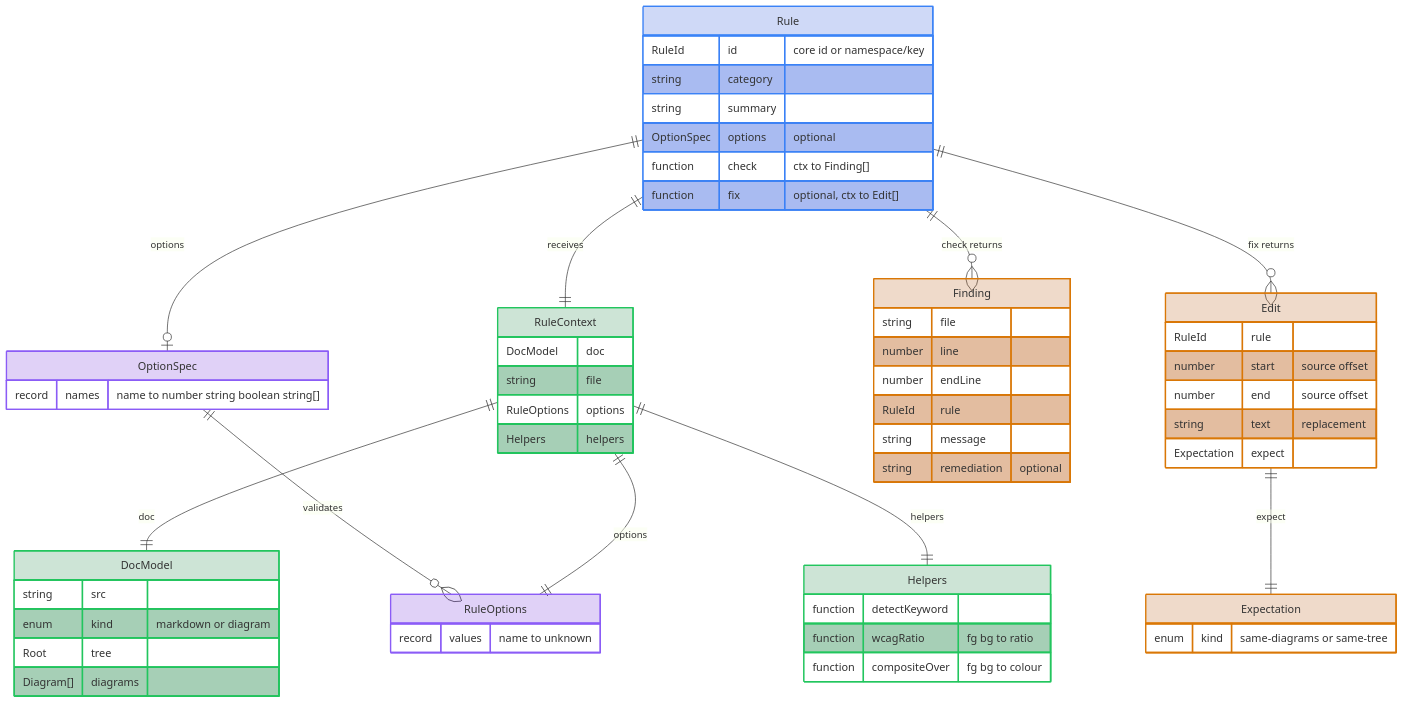
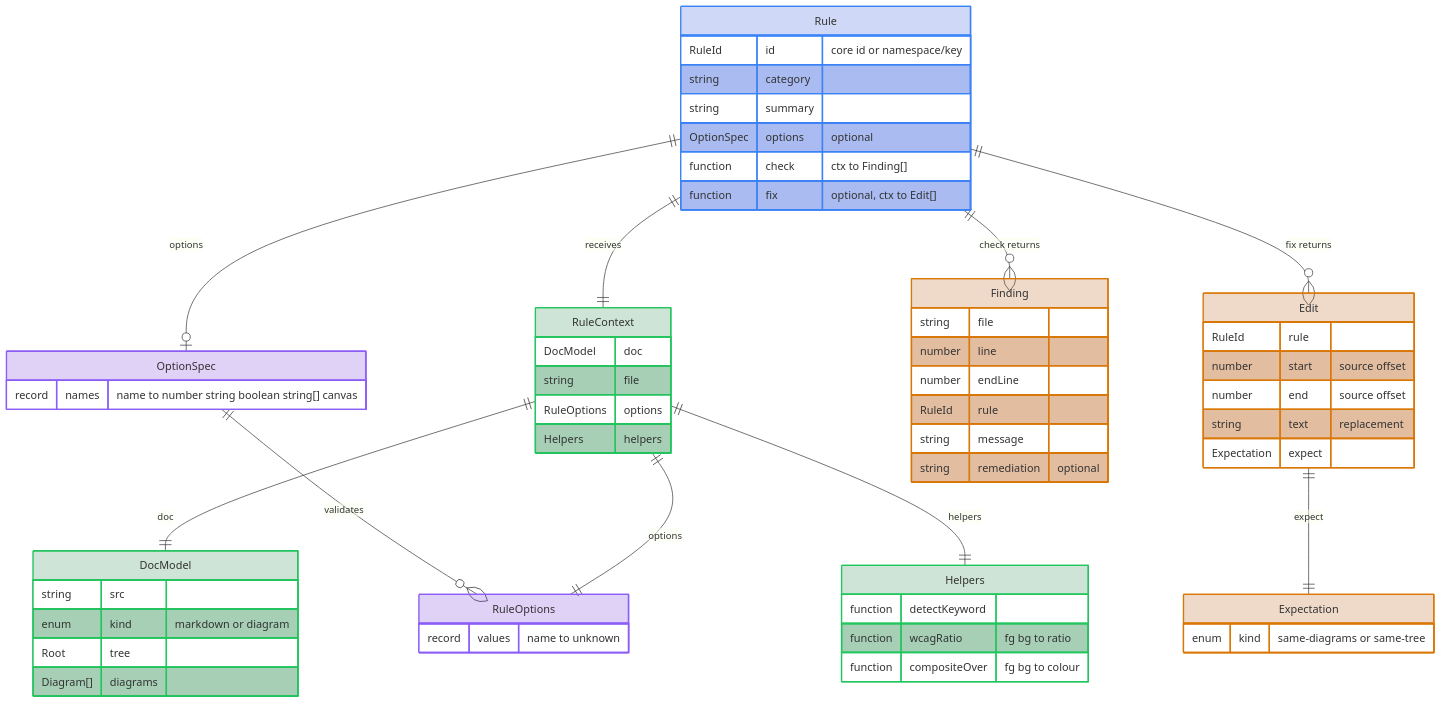
The diagram in docs-site/diagrams/rule-contract-detail.md (jpeakai/jpai-mermaidjs-lint), drawn with Mermaid before and after one commit. The commit also changed 12 other files, not shown here.

````diff
--- a/docs-site/diagrams/rule-contract-detail.md
+++ b/docs-site/diagrams/rule-contract-detail.md
@@ -1,71 +1,71 @@
 ```mermaid
 erDiagram
     Rule ||--|| RuleContext : "receives"
     Rule ||--o| OptionSpec : "options"
     OptionSpec ||--o{ RuleOptions : "validates"
     RuleContext ||--|| DocModel : "doc"
     RuleContext ||--|| RuleOptions : "options"
     RuleContext ||--|| Helpers : "helpers"
     Rule ||--o{ Finding : "check returns"
     Rule ||--o{ Edit : "fix returns"
     Edit ||--|| Expectation : "expect"
 
     Rule {
         RuleId id "core id or namespace/key"
         string category
         string summary
         OptionSpec options "optional"
         function check "ctx to Finding[]"
         function fix "optional, ctx to Edit[]"
     }
     RuleContext {
         DocModel doc
         string file
         RuleOptions options
         Helpers helpers
     }
     DocModel {
         string src
         enum kind "markdown or diagram"
         Root tree
         Diagram[] diagrams
     }
     OptionSpec {
-        record names "name to number string boolean string[]"
+        record names "name to number string boolean string[] canvas"
     }
     RuleOptions {
         record values "name to unknown"
     }
     Helpers {
         function detectKeyword
         function wcagRatio "fg bg to ratio"
         function compositeOver "fg bg to colour"
     }
     Finding {
         string file
         number line
         number endLine
         RuleId rule
         string message
         string remediation "optional"
     }
     Edit {
         RuleId rule
         number start "source offset"
         number end "source offset"
         string text "replacement"
         Expectation expect
     }
     Expectation {
         enum kind "same-diagrams or same-tree"
     }
 
     classDef ruleTint fill:#1d4ed836,stroke:#3b82f6,stroke-width:2px
     classDef inputTint fill:#15803d36,stroke:#22c55e,stroke-width:2px
     classDef outputTint fill:#b4530936,stroke:#d97706,stroke-width:2px
     classDef optionTint fill:#6d28d936,stroke:#8b5cf6,stroke-width:2px
     class Rule ruleTint
     class RuleContext,DocModel,Helpers inputTint
     class Finding,Edit,Expectation outputTint
     class OptionSpec,RuleOptions optionTint
 ```
````
